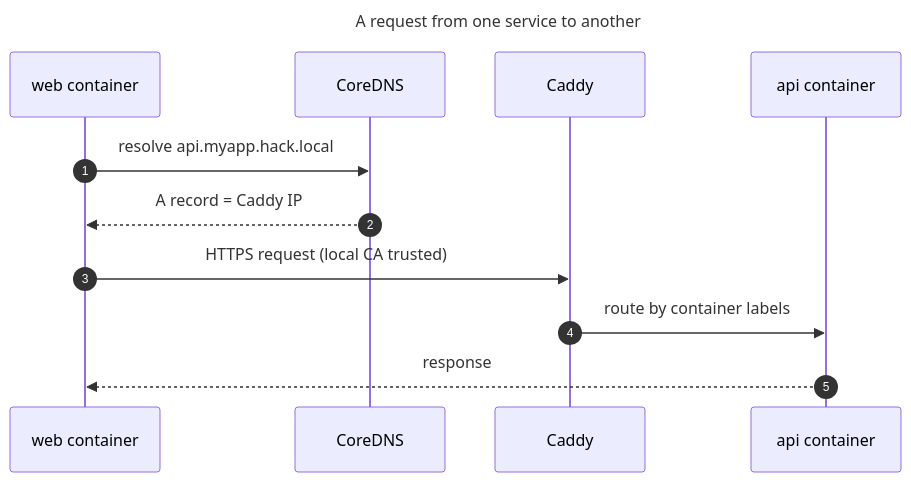
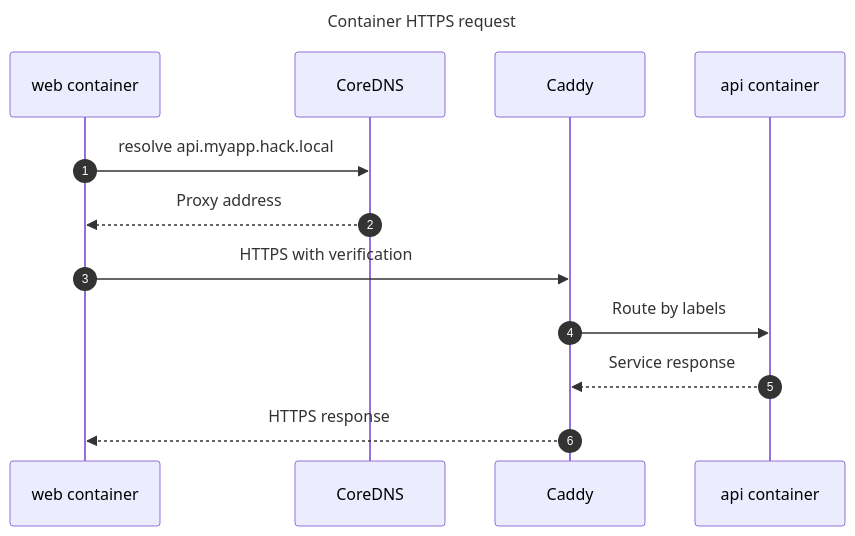
The third of 10 diagrams in docs/architecture.md (hack-dance/hack), drawn with Mermaid before and after one commit. The commit also changed other lines of this file and 5 other files, not shown here.

````diff
--- a/docs/architecture.md
+++ b/docs/architecture.md
@@ -242,16 +184,17 @@
 ```mermaid
 ---
-title: A request from one service to another
+title: Container HTTPS request
 ---
 sequenceDiagram
   autonumber
   participant Web as web container
   participant DNS as CoreDNS
   participant Caddy
   participant Api as api container
   Web->>DNS: resolve api.myapp.hack.local
-  DNS-->>Web: A record = Caddy IP
-  Web->>Caddy: HTTPS request (local CA trusted)
-  Caddy->>Api: route by container labels
-  Api-->>Web: response
+  DNS-->>Web: Proxy address
+  Web->>Caddy: HTTPS with verification
+  Caddy->>Api: Route by labels
+  Api-->>Caddy: Service response
+  Caddy-->>Web: HTTPS response
 ```
````
